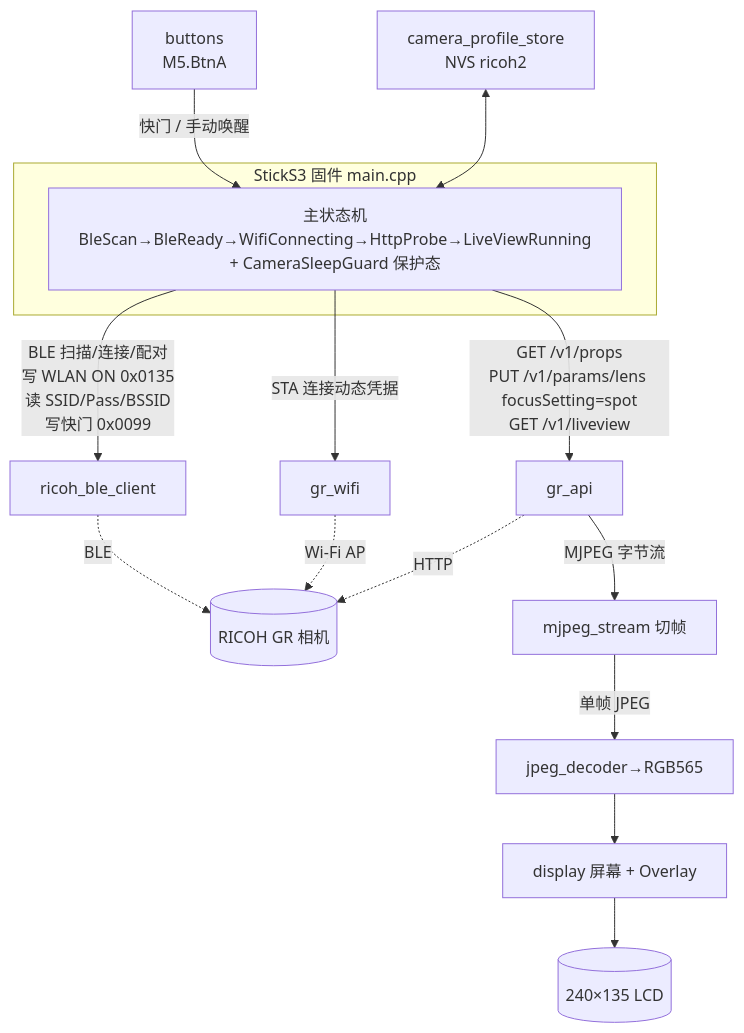
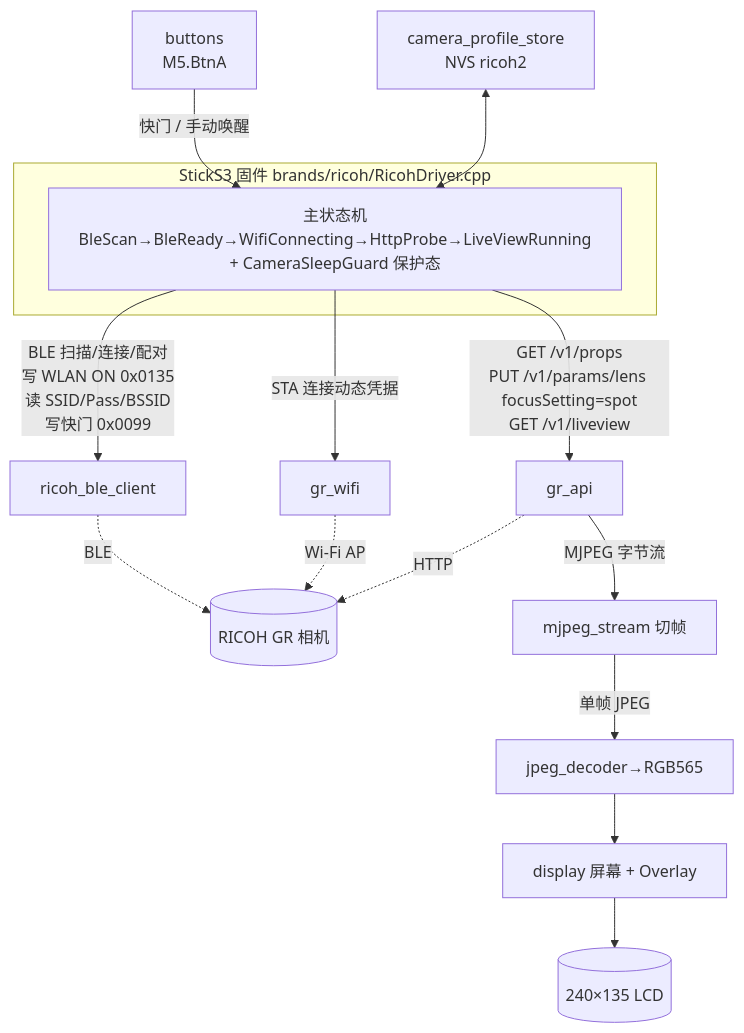
The diagram in CLAUDE.md (sky18Dragon/RICOH-GR-Live-View-Shooting), drawn with Mermaid before and after one commit. The commit also changed other lines of this file and 5 other files, not shown here.

First line of the commit message:
refactor: move the Ricoh workflow behind ICameraDriver

````diff
--- a/CLAUDE.md
+++ b/CLAUDE.md
@@ -67,25 +69,25 @@
 ```mermaid
 flowchart TD
-  subgraph StickS3[StickS3 固件 main.cpp]
+  subgraph StickS3[StickS3 固件 brands/ricoh/RicohDriver.cpp]
     FSM[主状态机<br/>BleScan→BleReady→WifiConnecting→HttpProbe→LiveViewRunning<br/>+ CameraSleepGuard 保护态]
   end
 
   CAM[(RICOH GR 相机)]
 
   FSM -->|BLE 扫描/连接/配对<br/>写 WLAN ON 0x0135<br/>读 SSID/Pass/BSSID<br/>写快门 0x0099| BLE[ricoh_ble_client]
   BLE -.BLE.-> CAM
 
   FSM -->|STA 连接动态凭据| WIFI[gr_wifi]
   WIFI -.Wi-Fi AP.-> CAM
 
   FSM -->|GET /v1/props<br/>PUT /v1/params/lens focusSetting=spot<br/>GET /v1/liveview| API[gr_api]
   API -.HTTP.-> CAM
 
   API -->|MJPEG 字节流| MJPEG[mjpeg_stream 切帧]
   MJPEG -->|单帧 JPEG| JPEG[jpeg_decoder→RGB565]
   JPEG --> DISP[display 屏幕 + Overlay]
   DISP --> SCREEN[(240×135 LCD)]
 
   BTN[buttons<br/>M5.BtnA] -->|快门 / 手动唤醒| FSM
   NVS[camera_profile_store<br/>NVS ricoh2] <--> FSM
 ```
````
